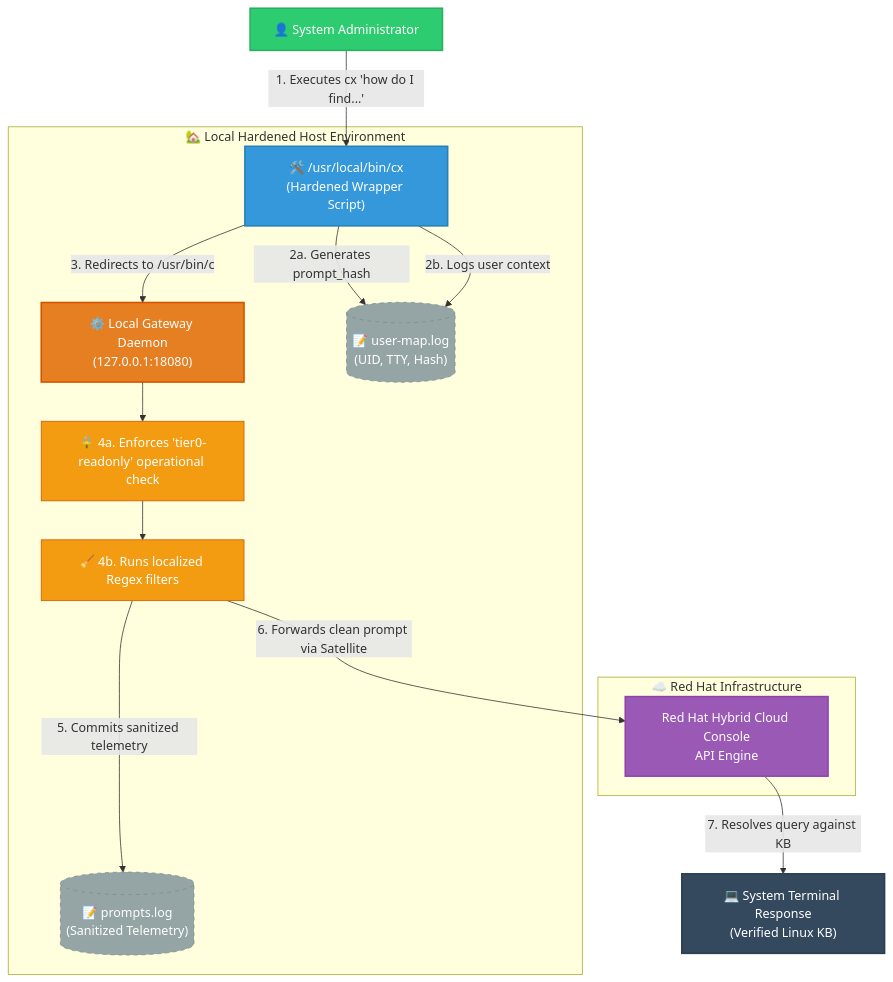
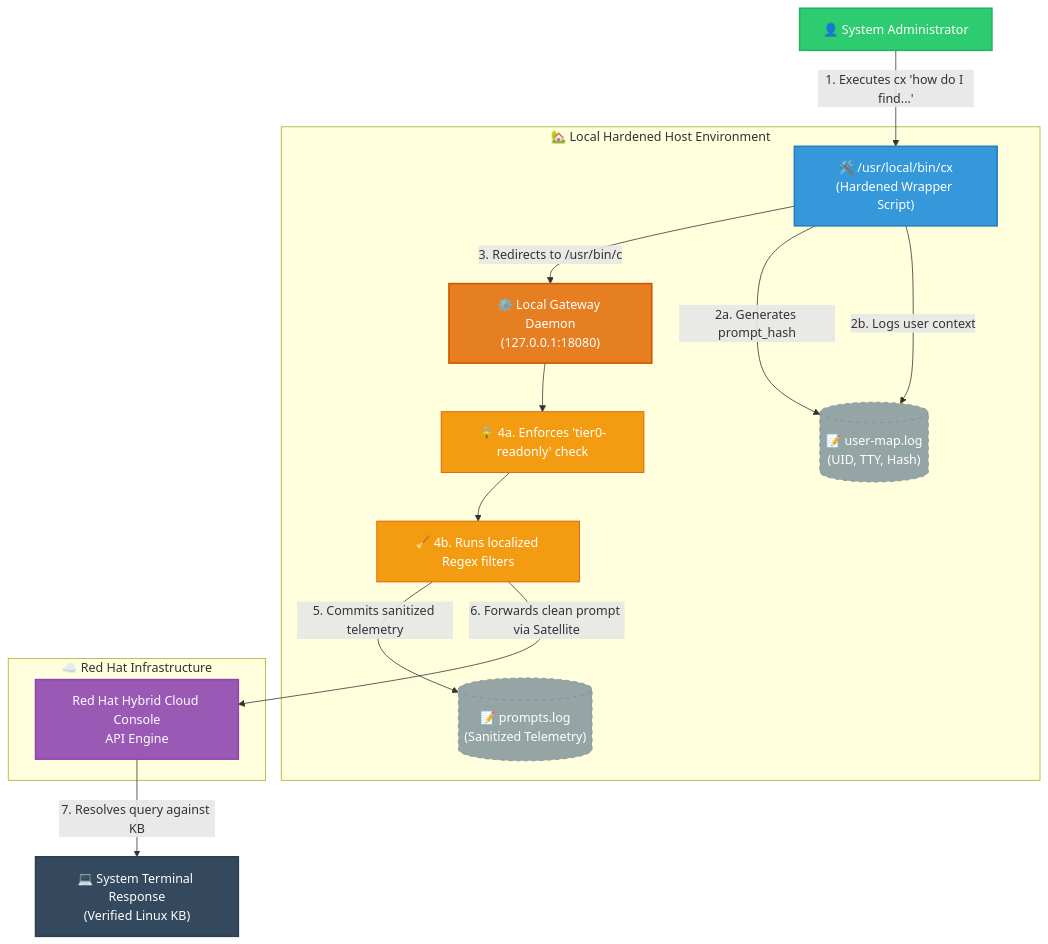
Before and after one commit to kumarj04/cla-gateway: the diagram in architecture.md, drawn with Mermaid.

Commit message:
Refactor architecture diagram for clarity and alignment

````diff
--- a/architecture.md
+++ b/architecture.md
@@ -1,51 +1,53 @@
 ```mermaid
 graph TD
     %% Styling definitions
     classDef user fill:#2ecc71,stroke:#27ae60,stroke-width:2px,color:#fff;
     classDef local fill:#3498db,stroke:#2980b9,stroke-width:2px,color:#fff;
     classDef daemon fill:#e67e22,stroke:#d35400,stroke-width:2px,color:#fff;
     classDef subEngine fill:#f39c12,stroke:#d35400,stroke-width:1px,color:#fff;
     classDef cloud fill:#9b59b6,stroke:#8e44ad,stroke-width:2px,color:#fff;
     classDef terminal fill:#34495e,stroke:#2c3e50,stroke-width:2px,color:#fff;
     classDef log fill:#95a5a6,stroke:#7f8c8d,stroke-width:1px,color:#fff,stroke-dasharray: 5 5;
 
     %% Workflow Nodes
     Admin[👤 System Administrator]:::user
     
     subgraph LocalHost ["🏡 Local Hardened Host Environment"]
+        %% Main Pipeline (Left Axis)
         Wrapper["🛠️ /usr/local/bin/cx<br>(Hardened Wrapper Script)"]:::local
         Daemon["⚙️ Local Gateway Daemon<br>(127.0.0.1:18080)"]:::daemon
-        
-        Check1["🔒 4a. Enforces 'tier0-readonly' operational check"]:::subEngine
+        Check1["🔒 4a. Enforces 'tier0-readonly' check"]:::subEngine
         Check2["🧹 4b. Runs localized Regex filters"]:::subEngine
         
-        %% Audit Logs
+        %% Side Logs (Right Axis)
         UserLog[("📝 user-map.log<br>(UID, TTY, Hash)")]:::log
         PromptLog[("📝 prompts.log<br>(Sanitized Telemetry)")]:::log
     end
 
     subgraph RedHat ["☁️ Red Hat Infrastructure"]
         RHCloud["Red Hat Hybrid Cloud Console<br>API Engine"]:::cloud
     end
 
     Response["💻 System Terminal Response<br>(Verified Linux KB)"]:::terminal
 
-    %% Connectivity & Data Flow
+    %% Main Central Flow Execution
     Admin -->|1. Executes cx 'how do I find...'| Wrapper
-    
-    Wrapper -->|2a. Generates prompt_hash| UserLog
-    Wrapper -->|2b. Logs user context| UserLog
     Wrapper -->|3. Redirects to /usr/bin/c| Daemon
-    
     Daemon --> Check1
     Check1 --> Check2
     
-    %% Fixed layout paths to prevent crossing lines
+    %% Right Side Database Writes
+    Wrapper -->|2a. Generates prompt_hash| UserLog
+    Wrapper -->|2b. Logs user context| UserLog
     Check2 -->|5. Commits sanitized telemetry| PromptLog
+    
+    %% Bottom Outbound Exit
     Check2 -->|6. Forwards clean prompt via Satellite| RHCloud
-    
     RHCloud -->|7. Resolves query against KB| Response
 
-    %% Layout hints to force promptLog to stay on the right and RedHat on the left
-    RHCloud ~~~ PromptLog
+    %% Structural alignment overrides to lock the databases over to the right side
+    Wrapper  ~~~ UserLog
+    Daemon   ~~~ UserLog
+    Check1   ~~~ PromptLog
+    Check2   ~~~ PromptLog
 ```
````
